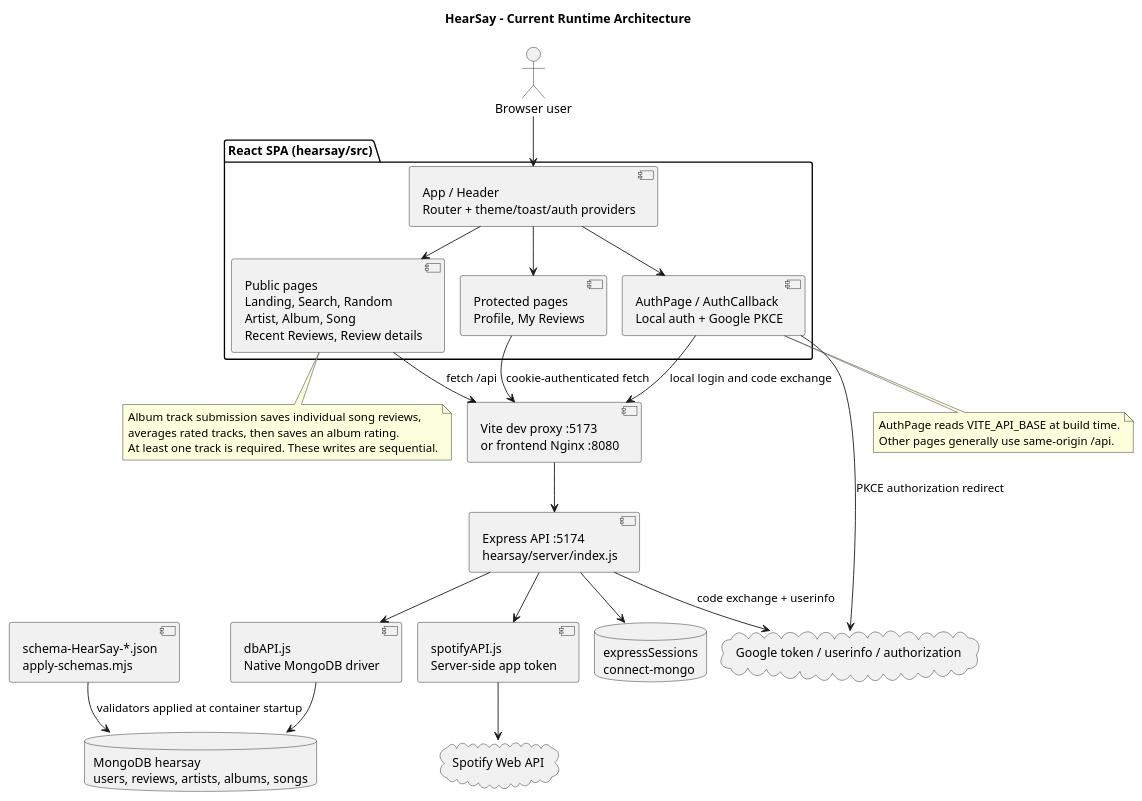
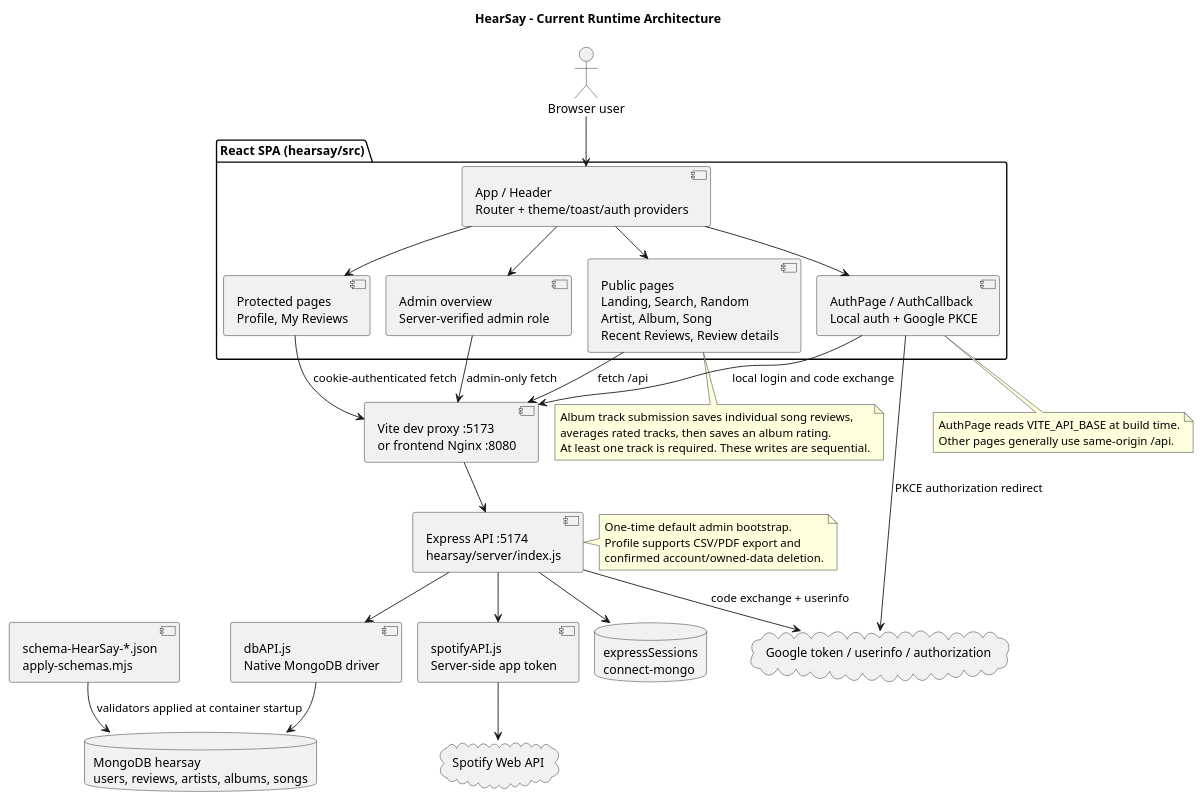
Before and after one commit to Data-strucures-finalProject/HearSay: the diagram in docs/site-diagram.puml, drawn with PlantUML. The commit also changed 63 other files, not shown here.

First line of the commit message:
feat: secure accounts, add admin access and export personal data

```diff
--- a/docs/site-diagram.puml
+++ b/docs/site-diagram.puml
@@ -1,45 +1,53 @@
 @startuml HearSayCurrent
 !pragma layout smetana
 title HearSay - Current Runtime Architecture
 actor "Browser user" as User
 package "React SPA (hearsay/src)" {
   component "App / Header\nRouter + theme/toast/auth providers" as App
   component "Public pages\nLanding, Search, Random\nArtist, Album, Song\nRecent Reviews, Review details" as Public
   component "Protected pages\nProfile, My Reviews" as Protected
+  component "Admin overview\nServer-verified admin role" as Admin
   component "AuthPage / AuthCallback\nLocal auth + Google PKCE" as Auth
 }
 component "Vite dev proxy :5173\nor frontend Nginx :8080" as Proxy
 component "Express API :5174\nhearsay/server/index.js" as API
 component "dbAPI.js\nNative MongoDB driver" as DBAPI
 component "spotifyAPI.js\nServer-side app token" as SpotifyAPI
 database "MongoDB hearsay\nusers, reviews, artists, albums, songs" as Data
 database "expressSessions\nconnect-mongo" as Sessions
 cloud "Spotify Web API" as Spotify
 cloud "Google token / userinfo / authorization" as Google
 component "schema-HearSay-*.json\napply-schemas.mjs" as Schemas
 User --> App
 App --> Public
 App --> Protected
+App --> Admin
 App --> Auth
 Public --> Proxy : fetch /api
 Protected --> Proxy : cookie-authenticated fetch
+Admin --> Proxy : admin-only fetch
 Auth --> Proxy : local login and code exchange
 Auth --> Google : PKCE authorization redirect
 Proxy --> API
 API --> DBAPI
 DBAPI --> Data
 API --> Sessions
+note right of API
+ One-time default admin bootstrap.
+ Profile supports CSV/PDF export and
+ confirmed account/owned-data deletion.
+end note
 API --> SpotifyAPI
 SpotifyAPI --> Spotify
 API --> Google : code exchange + userinfo
 Schemas --> Data : validators applied at container startup
 note bottom of Public
  Album track submission saves individual song reviews,
  averages rated tracks, then saves an album rating.
  At least one track is required. These writes are sequential.
 end note
 note bottom of Auth
  AuthPage reads VITE_API_BASE at build time.
  Other pages generally use same-origin /api.
 end note
 @enduml
```
